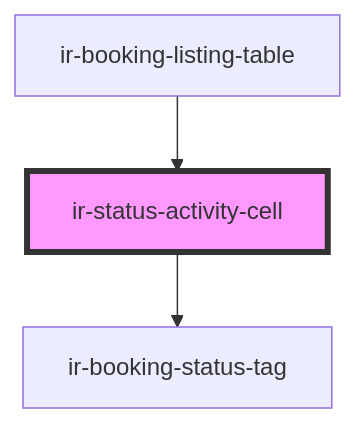
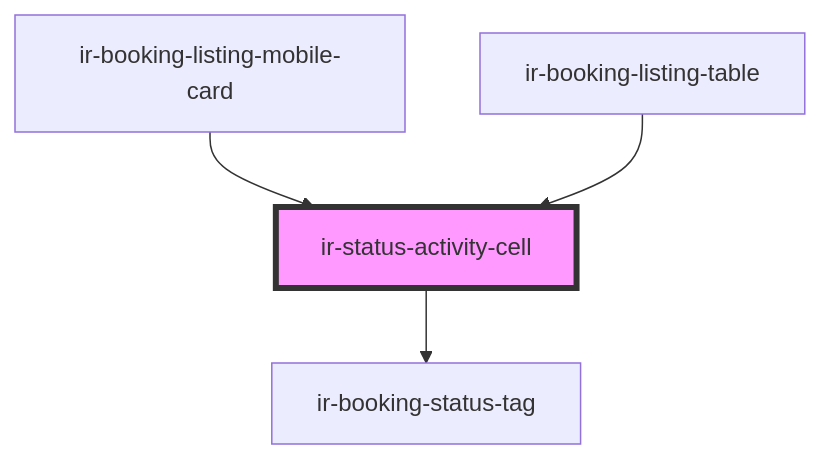
One commit to David1Chowaifaty/modified-ir-webcmp changed the diagram in src/components/table-cells/booking/ir-status-activity-cell/readme.md. Above: the diagram before and after it, drawn with Mermaid. The commit also changed other lines of this file and 69 other files, not shown here.

````diff
--- a/src/components/table-cells/booking/ir-status-activity-cell/readme.md
+++ b/src/components/table-cells/booking/ir-status-activity-cell/readme.md
@@ -31,6 +32,7 @@
 ```mermaid
 graph TD;
   ir-status-activity-cell --> ir-booking-status-tag
+  ir-booking-listing-mobile-card --> ir-status-activity-cell
   ir-booking-listing-table --> ir-status-activity-cell
   style ir-status-activity-cell fill:#f9f,stroke:#333,stroke-width:4px
 ```
````
